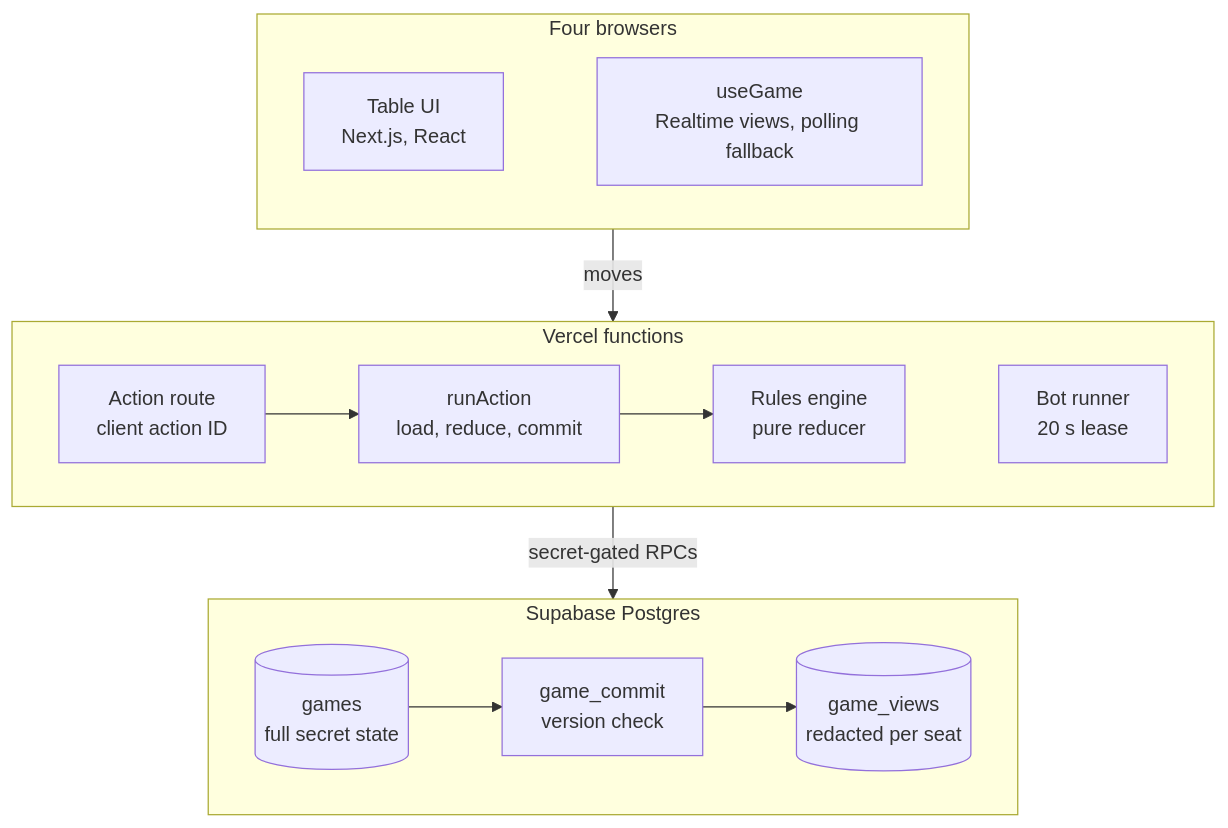
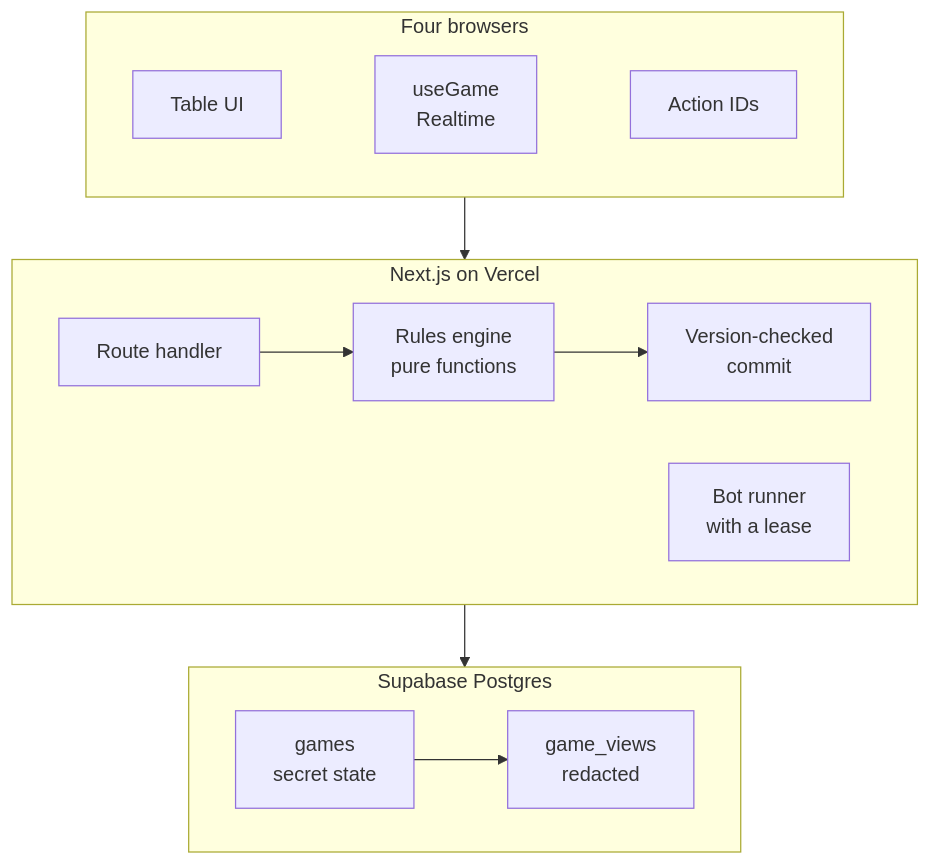
One commit to bhnsadhu/cambio changed the diagram in README.md. Above: the diagram before and after it, drawn with Mermaid. The commit also changed other lines of this file, not shown here.

````diff
--- a/README.md
+++ b/README.md
@@ -45,18 +45,18 @@
 ```mermaid
 flowchart TD
-  subgraph b["Four browsers"]
+  subgraph browsers["Four browsers"]
     direction LR
-    ui["Table UI<br/>Next.js, React"] ~~~ hook["useGame<br/>Realtime views, polling fallback"]
+    ui["Table UI"] ~~~ hook["useGame<br/>Realtime"] ~~~ id["Action IDs"]
   end
-  subgraph v["Vercel functions"]
+  subgraph server["Next.js on Vercel"]
     direction LR
-    api["Action route<br/>client action ID"] --> store["runAction<br/>load, reduce, commit"] --> engine["Rules engine<br/>pure reducer"]
-    engine ~~~ runner["Bot runner<br/>20 s lease"]
+    api["Route handler"] --> engine["Rules engine<br/>pure functions"] --> commit["Version-checked<br/>commit"]
+    runner["Bot runner<br/>with a lease"]
   end
   subgraph db["Supabase Postgres"]
     direction LR
-    games[("games<br/>full secret state")] --> commit["game_commit<br/>version check"] --> views[("game_views<br/>redacted per seat")]
+    games["games<br/>secret state"] --> views["game_views<br/>redacted"]
   end
-  b -->|"moves"| v
-  v -->|"secret-gated RPCs"| db
+  browsers --> server
+  server --> db
 ```
````
